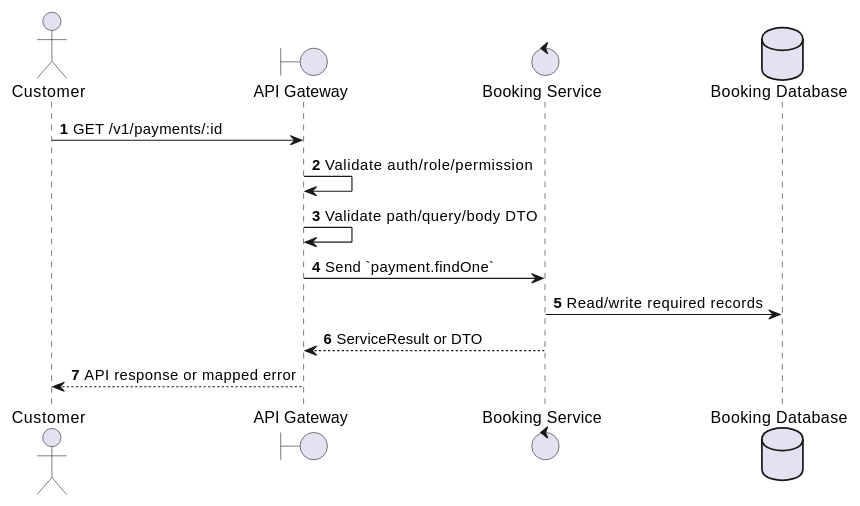
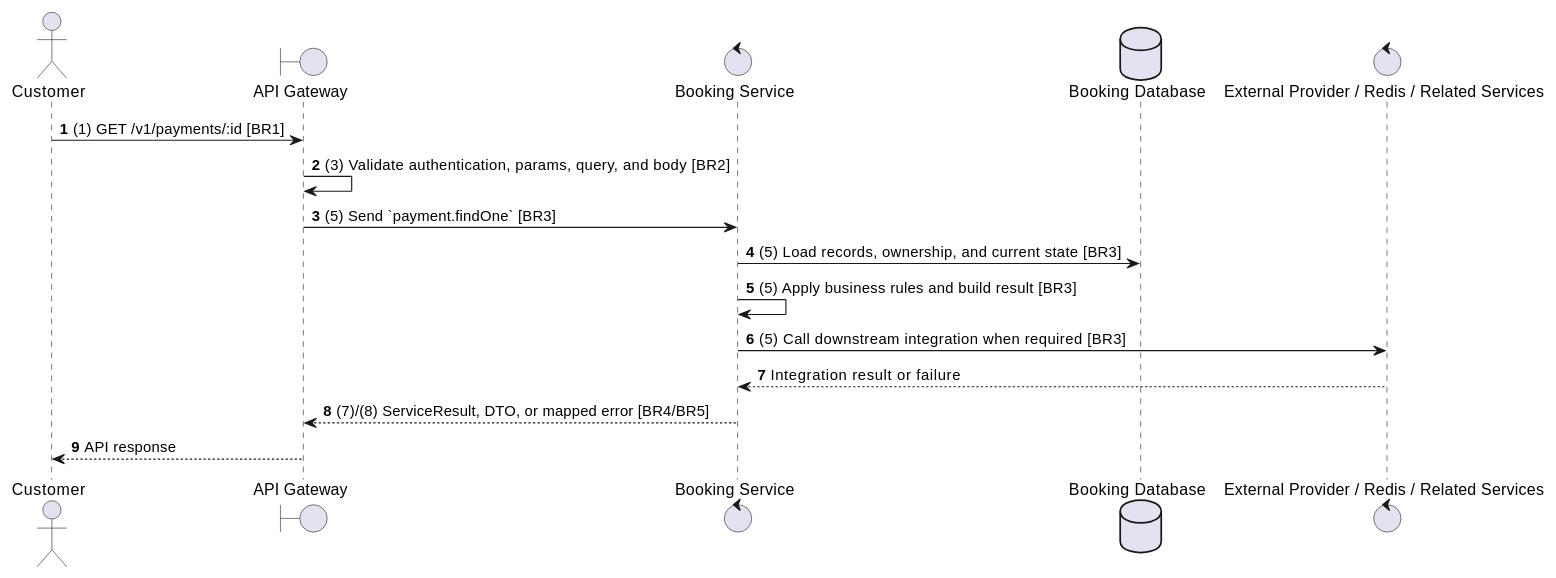
The second of 2 diagrams in docs/functional_specs/3.6_Payment_Transaction_Module/PY-02_Get_Payment_Details.md (Tanh1603/movie-hub-architecture), drawn with PlantUML before and after one commit. The commit also changed other lines of this file and 129 other files, not shown here.

````diff
--- a/docs/functional_specs/3.6_Payment_Transaction_Module/PY-02_Get_Payment_Details.md
+++ b/docs/functional_specs/3.6_Payment_Transaction_Module/PY-02_Get_Payment_Details.md
@@ -17,17 +64,20 @@
 ```plantuml
 @startuml
 autonumber
 actor "Customer" as Actor
 boundary "API Gateway" as GW
 control "Booking Service" as SVC
 database "Booking Database" as DB
+control "External Provider / Redis / Related Services" as EXT
 
-Actor -> GW: GET /v1/payments/:id
-GW -> GW: Validate auth/role/permission
-GW -> GW: Validate path/query/body DTO
-GW -> SVC: Send `payment.findOne`
-SVC -> DB: Read/write required records
-SVC --> GW: ServiceResult or DTO
-GW --> Actor: API response or mapped error
+Actor -> GW: (1) GET /v1/payments/:id [BR1]
+GW -> GW: (3) Validate authentication, params, query, and body [BR2]
+GW -> SVC: (5) Send `payment.findOne` [BR3]
+SVC -> DB: (5) Load records, ownership, and current state [BR3]
+SVC -> SVC: (5) Apply business rules and build result [BR3]
+SVC -> EXT: (5) Call downstream integration when required [BR3]
+EXT --> SVC: Integration result or failure
+SVC --> GW: (7)/(8) ServiceResult, DTO, or mapped error [BR4/BR5]
+GW --> Actor: API response
 @enduml
 ```
````
